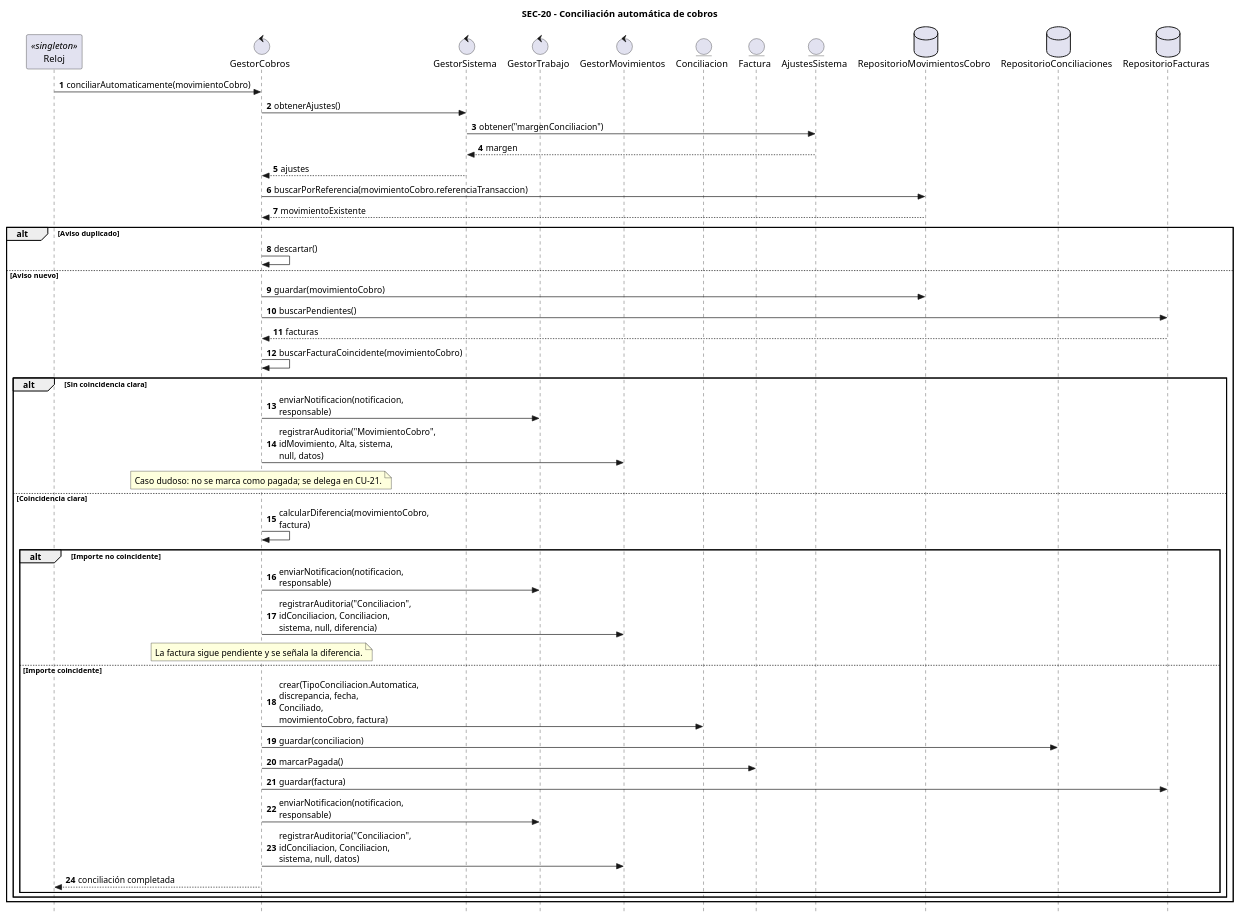
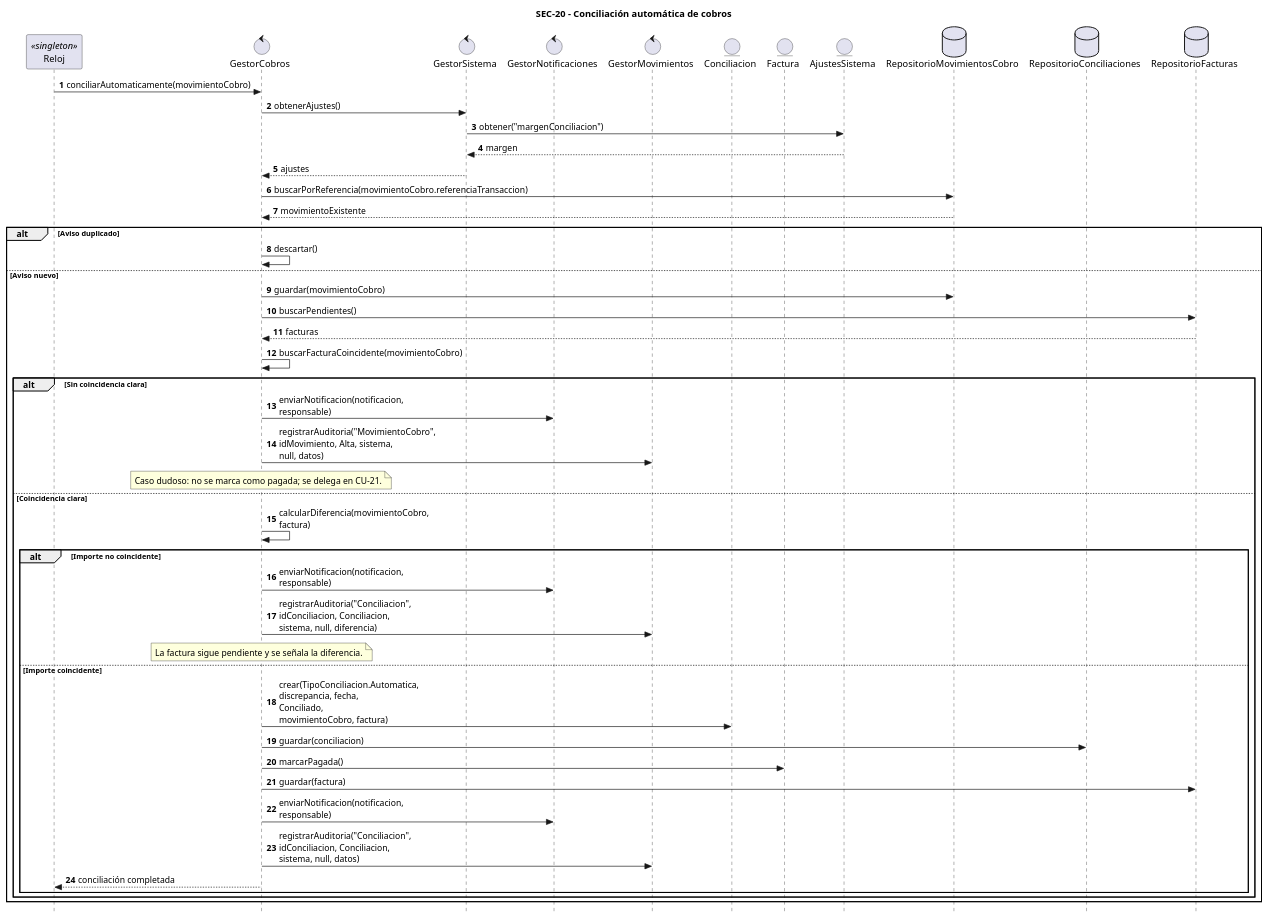
One commit to Vertossse/Elefantes changed the diagram in entrega2/diagramas/secuencias/CU-20.puml. Above: the diagram before and after it, drawn with PlantUML. The commit also changed 7 other files, not shown here.

```diff
--- a/entrega2/diagramas/secuencias/CU-20.puml
+++ b/entrega2/diagramas/secuencias/CU-20.puml
@@ -1,56 +1,56 @@
 @startuml SEC-20
 skinparam style strictuml
 skinparam maxMessageSize 180
 autonumber
 title SEC-20 - Conciliación automática de cobros
 
 participant "Reloj"                     as Reloj <<singleton>>
 control "GestorCobros"                  as GC
 control "GestorSistema"                 as GSistema
-control "GestorTrabajo"                 as GT
+control "GestorNotificaciones"            as GN
 control "GestorMovimientos"             as GM
 entity "Conciliacion"                   as Conciliacion
 entity "Factura"                        as Factura
 entity "AjustesSistema"                 as Ajustes
 database "RepositorioMovimientosCobro"  as RMC
 database "RepositorioConciliaciones"    as RCon
 database "RepositorioFacturas"          as RF
 
 Reloj -> GC : conciliarAutomaticamente(movimientoCobro)
 GC -> GSistema : obtenerAjustes()
 GSistema -> Ajustes : obtener("margenConciliacion")
 Ajustes --> GSistema : margen
 GSistema --> GC : ajustes
 GC -> RMC : buscarPorReferencia(movimientoCobro.referenciaTransaccion)
 RMC --> GC : movimientoExistente
 
 alt Aviso duplicado
   GC -> GC : descartar()
 else Aviso nuevo
   GC -> RMC : guardar(movimientoCobro)
   GC -> RF : buscarPendientes()
   RF --> GC : facturas
   GC -> GC : buscarFacturaCoincidente(movimientoCobro)
   alt Sin coincidencia clara
-    GC -> GT : enviarNotificacion(notificacion, responsable)
+    GC -> GN : enviarNotificacion(notificacion, responsable)
     GC -> GM : registrarAuditoria("MovimientoCobro", idMovimiento, Alta, sistema, null, datos)
     note over GC : Caso dudoso: no se marca como pagada; se delega en CU-21.
   else Coincidencia clara
     GC -> GC : calcularDiferencia(movimientoCobro, factura)
     alt Importe no coincidente
-      GC -> GT : enviarNotificacion(notificacion, responsable)
+      GC -> GN : enviarNotificacion(notificacion, responsable)
       GC -> GM : registrarAuditoria("Conciliacion", idConciliacion, Conciliacion, sistema, null, diferencia)
       note over GC : La factura sigue pendiente y se señala la diferencia.
     else Importe coincidente
       GC -> Conciliacion : crear(TipoConciliacion.Automatica, discrepancia, fecha, Conciliado, movimientoCobro, factura)
       GC -> RCon : guardar(conciliacion)
       GC -> Factura : marcarPagada()
       GC -> RF : guardar(factura)
-      GC -> GT : enviarNotificacion(notificacion, responsable)
+      GC -> GN : enviarNotificacion(notificacion, responsable)
       GC -> GM : registrarAuditoria("Conciliacion", idConciliacion, Conciliacion, sistema, null, datos)
       GC --> Reloj : conciliación completada
     end
   end
 end
 
 @enduml
```
